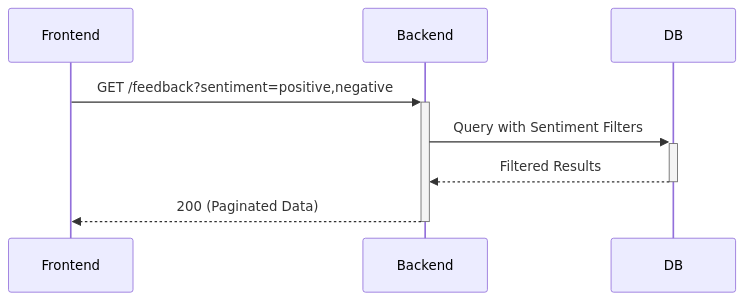
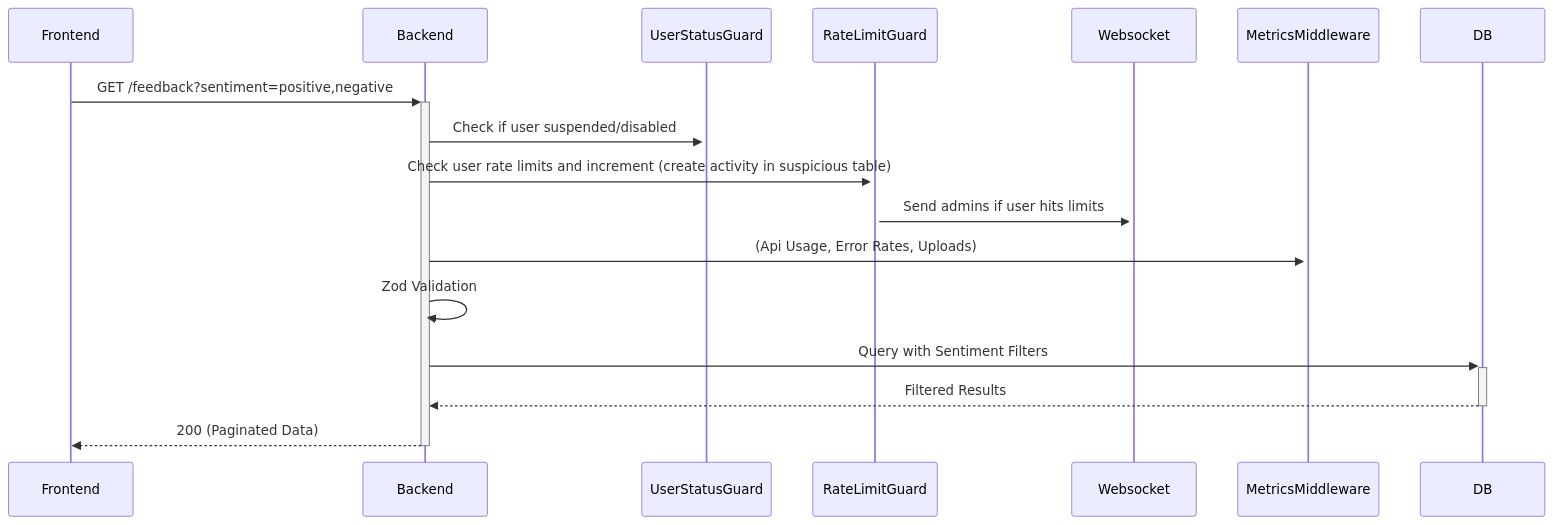
Before and after one commit to Xayrulloh/Feedback-Sentiment: the sixth of 26 diagrams in README.md, drawn with Mermaid. The commit also changed other lines of this file and 2 other files, not shown here.

````diff
--- a/README.md
+++ b/README.md
@@ -358,7 +218,12 @@
 ```mermaid
 sequenceDiagram
     Frontend->>+Backend: GET /feedback?sentiment=positive,negative
+    Backend->>+UserStatusGuard: Check if user suspended/disabled
+    Backend->>+RateLimitGuard: Check user rate limits and increment (create activity in suspicious table)
+    RateLimitGuard->>+Websocket: Send admins if user hits limits
+    Backend->>+MetricsMiddleware: (Api Usage, Error Rates, Uploads)
+    Backend->>Backend: Zod Validation
     Backend->>+DB: Query with Sentiment Filters
     DB-->>-Backend: Filtered Results
     Backend-->>-Frontend: 200 (Paginated Data)
 ```
````
